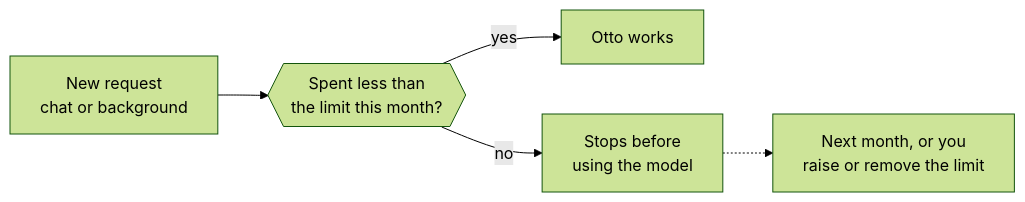
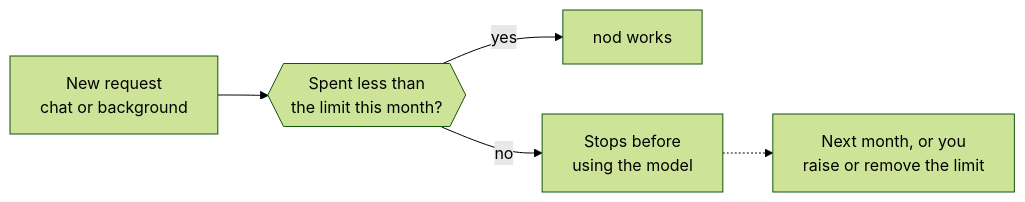
Before and after one commit to KrishBhimani/nod: the diagram in docs/src/content/docs/use/spending.md, drawn with Mermaid (forest theme). The commit also changed other lines of this file and 380 other files, not shown here.

Commit message:
feat!: rename Otto to nod (#398)

````diff
--- a/docs/src/content/docs/use/spending.md
+++ b/docs/src/content/docs/use/spending.md
@@ -33,7 +33,7 @@
 ```mermaid
 flowchart LR
   req[New request<br/>chat or background]:::accent --> check{{Spent less than<br/>the limit this month?}}
-  check -- yes --> run[Otto works]:::go
+  check -- yes --> run[nod works]:::go
   check -- no --> stop[Stops before<br/>using the model]:::stop
   stop -.-> lift[Next month, or you<br/>raise or remove the limit]:::muted
 ```
````
